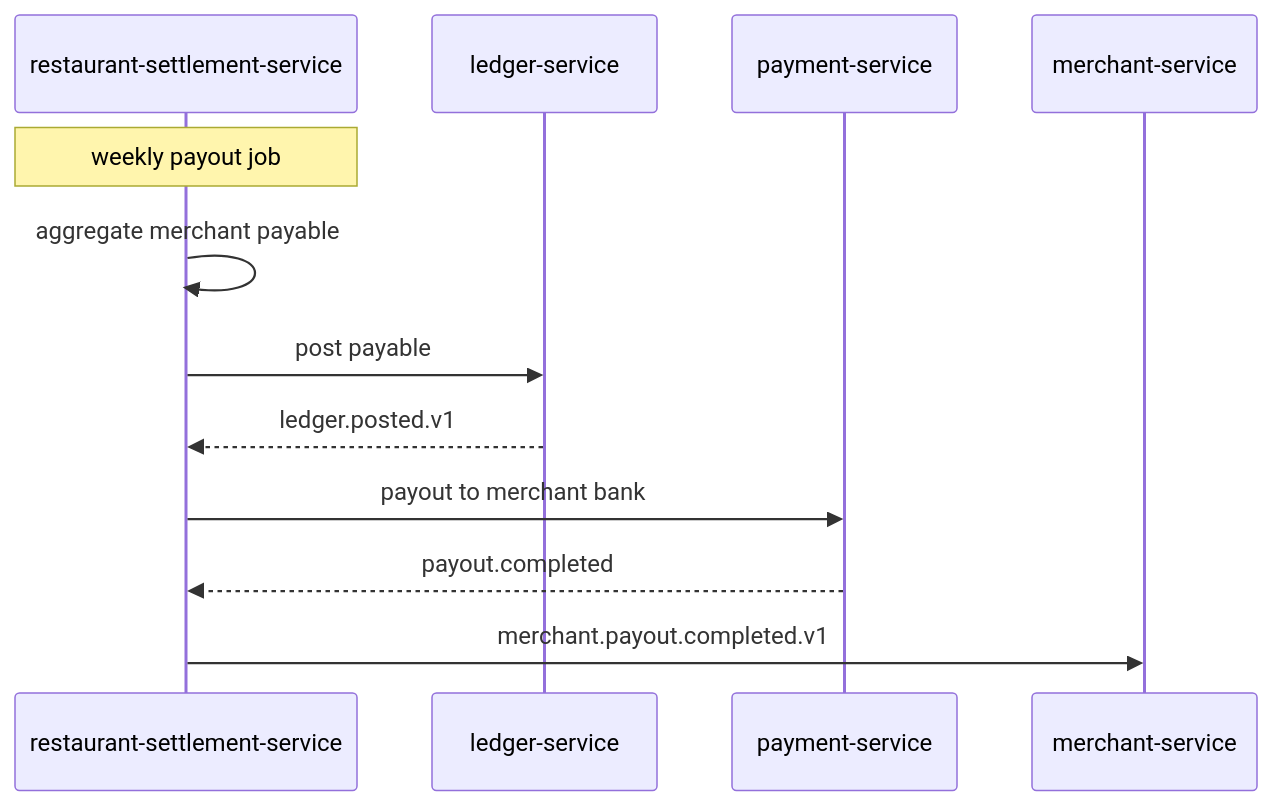
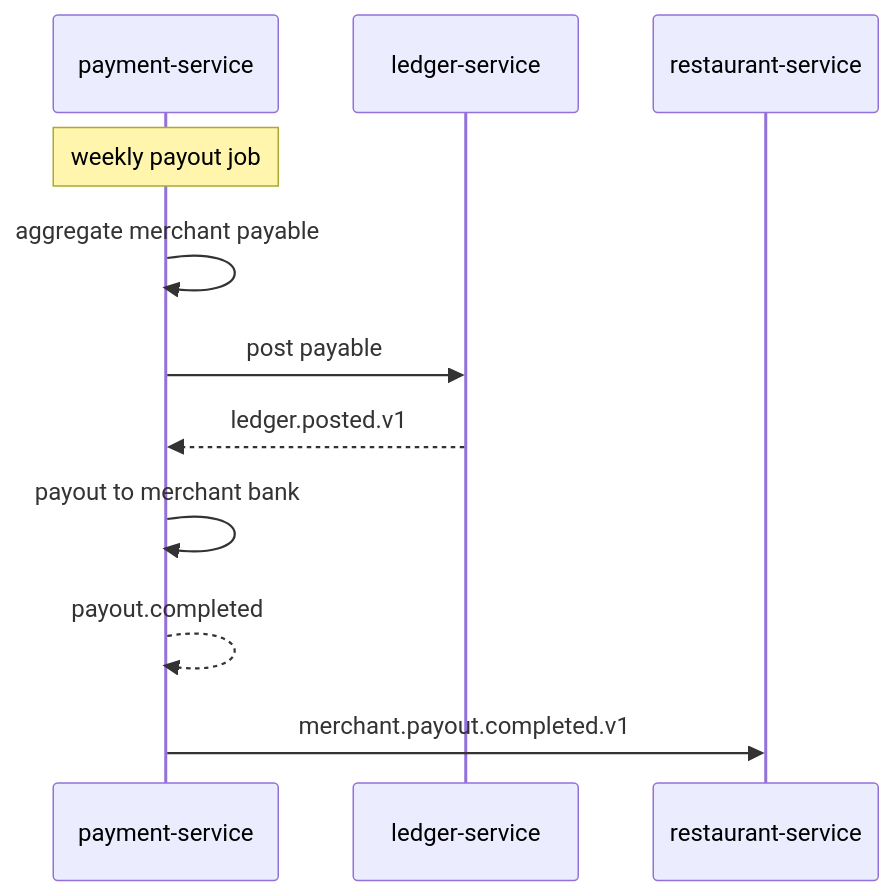
One commit to mohamedhabibwork/trips-enjoy-docs changed diagram 12 of 12 in docs/workflows/FOOD_ORDER_WORKFLOWS.md. Above: the diagram before and after it, drawn with Mermaid. The commit also changed other lines of this file and 525 other files, not shown here.

````diff
--- a/docs/workflows/FOOD_ORDER_WORKFLOWS.md
+++ b/docs/workflows/FOOD_ORDER_WORKFLOWS.md
@@ -347,15 +326,14 @@
 ```mermaid
 sequenceDiagram
-    participant RSM as restaurant-settlement-service
+    participant PAY as payment-service
     participant LD as ledger-service
-    participant PAY as payment-service
-    participant MR as merchant-service
+    participant RES as restaurant-service
 
-    Note over RSM: weekly payout job
-    RSM->>RSM: aggregate merchant payable
-    RSM->>LD: post payable
-    LD-->>RSM: ledger.posted.v1
-    RSM->>PAY: payout to merchant bank
-    PAY-->>RSM: payout.completed
-    RSM->>MR: merchant.payout.completed.v1
+    Note over PAY: weekly payout job
+    PAY->>PAY: aggregate merchant payable
+    PAY->>LD: post payable
+    LD-->>PAY: ledger.posted.v1
+    PAY->>PAY: payout to merchant bank
+    PAY-->>PAY: payout.completed
+    PAY->>RES: merchant.payout.completed.v1
 ```
````
